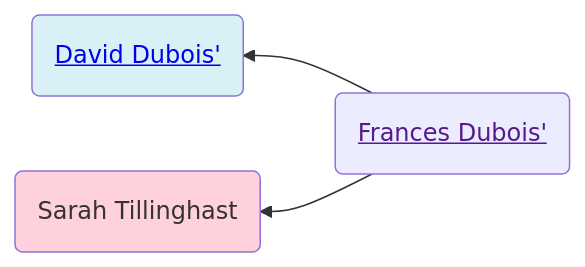
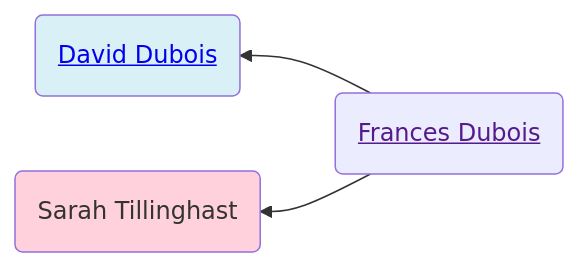
One commit to neelsmith/avocational changed the first of 2 diagrams in familyhistory/sources/people/Henderson-line/Dubois-line/Frances_Dubois.qmd. Above: the diagram before and after it, drawn with Mermaid. The commit also changed other lines of this file and 96 other files, not shown here.

````diff
--- a/familyhistory/sources/people/Henderson-line/Dubois-line/Frances_Dubois.qmd
+++ b/familyhistory/sources/people/Henderson-line/Dubois-line/Frances_Dubois.qmd
@@ -26,12 +26,12 @@
 ```{mermaid}
 graph RL
 %% RL ancestor diagram
-Frances_Dubois(<a href=''>Frances Dubois'</>) -->  David_Dubois(<a href='./David_Dubois.html'>David Dubois'</>)
+Frances_Dubois(<a href=''>Frances Dubois</a>) -->  David_Dubois(<a href='./David_Dubois.html'>David Dubois</a>)
 class David_Dubois father
-Frances_Dubois(<a href=''>Frances Dubois'</>)  --> Sarah_Tillinghast(Sarah Tillinghast)
+Frances_Dubois(<a href=''>Frances Dubois</a>)  --> Sarah_Tillinghast(Sarah Tillinghast)
 class Sarah_Tillinghast mother
 classDef mother fill:#ffd1dc
 classDef father fill:#daf0f7  
 classDef marriage fill:#ffffff
 
 ```
````
